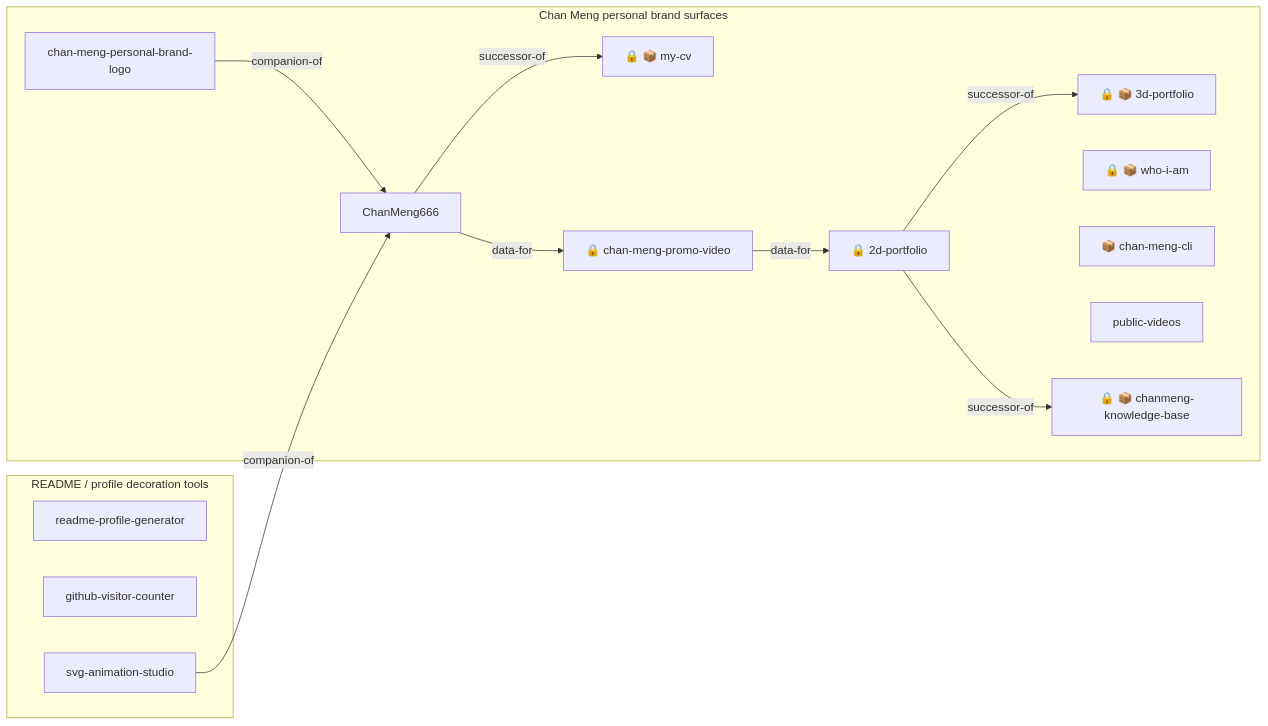
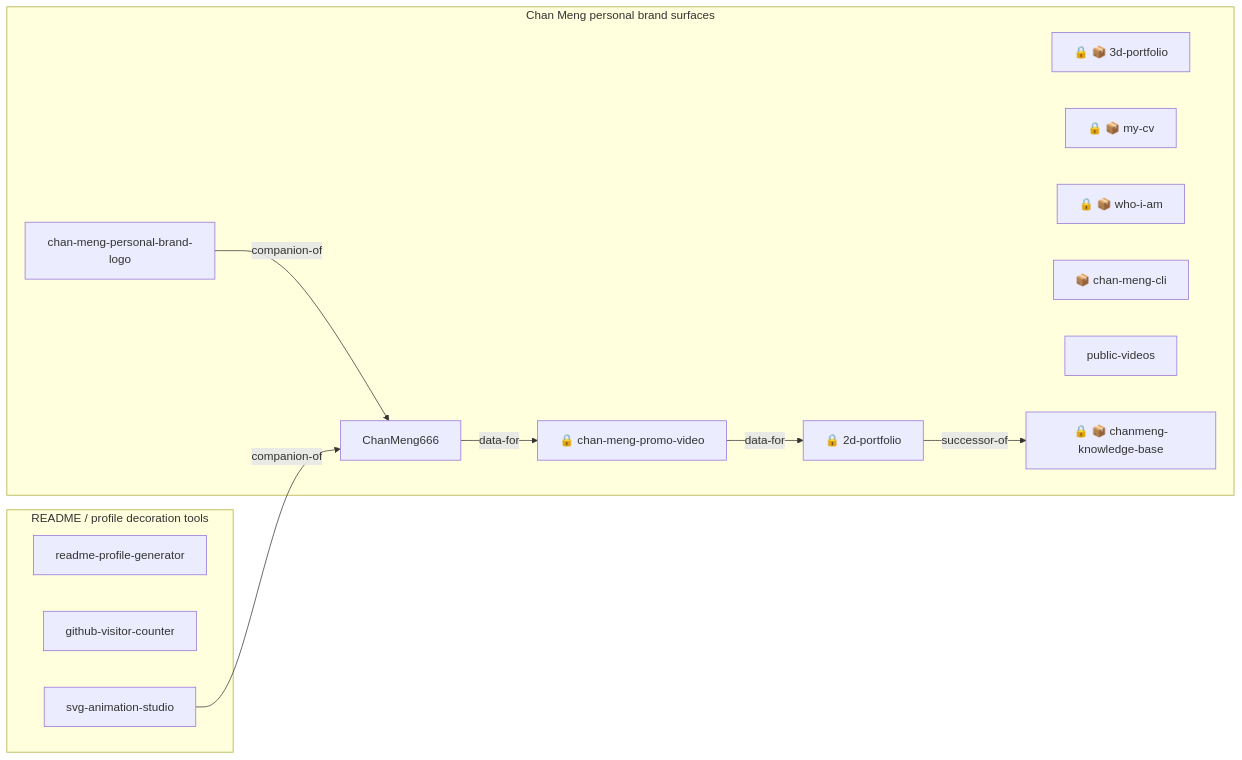
One commit to ChanMeng666/ChanMeng666 changed the seventh of 15 diagrams in docs/ecosystem/README.md. Above: the diagram before and after it, drawn with Mermaid. The commit also changed other lines of this file and 2 other files, not shown here.

````diff
--- a/docs/ecosystem/README.md
+++ b/docs/ecosystem/README.md
@@ -182,27 +186,25 @@
 ```mermaid
 flowchart LR
   subgraph chan_meng_personal_brand["Chan Meng personal brand surfaces"]
     n0["ChanMeng666"]
     n1["🔒 2d-portfolio"]
     n2["🔒 📦 3d-portfolio"]
     n3["🔒 📦 my-cv"]
     n4["🔒 📦 who-i-am"]
     n5["📦 chan-meng-cli"]
     n6["chan-meng-personal-brand-logo"]
     n7["🔒 chan-meng-promo-video"]
     n8["public-videos"]
     n9["🔒 📦 chanmeng-knowledge-base"]
   end
   subgraph github_readme_decoration_tools["README / profile decoration tools"]
     n10["readme-profile-generator"]
     n11["github-visitor-counter"]
     n12["svg-animation-studio"]
   end
-  n1 -->|successor-of| n2
   n7 -->|data-for| n1
   n0 -->|data-for| n7
-  n0 -->|successor-of| n3
   n6 -->|companion-of| n0
   n1 -->|successor-of| n9
   n12 -->|companion-of| n0
 ```
````
